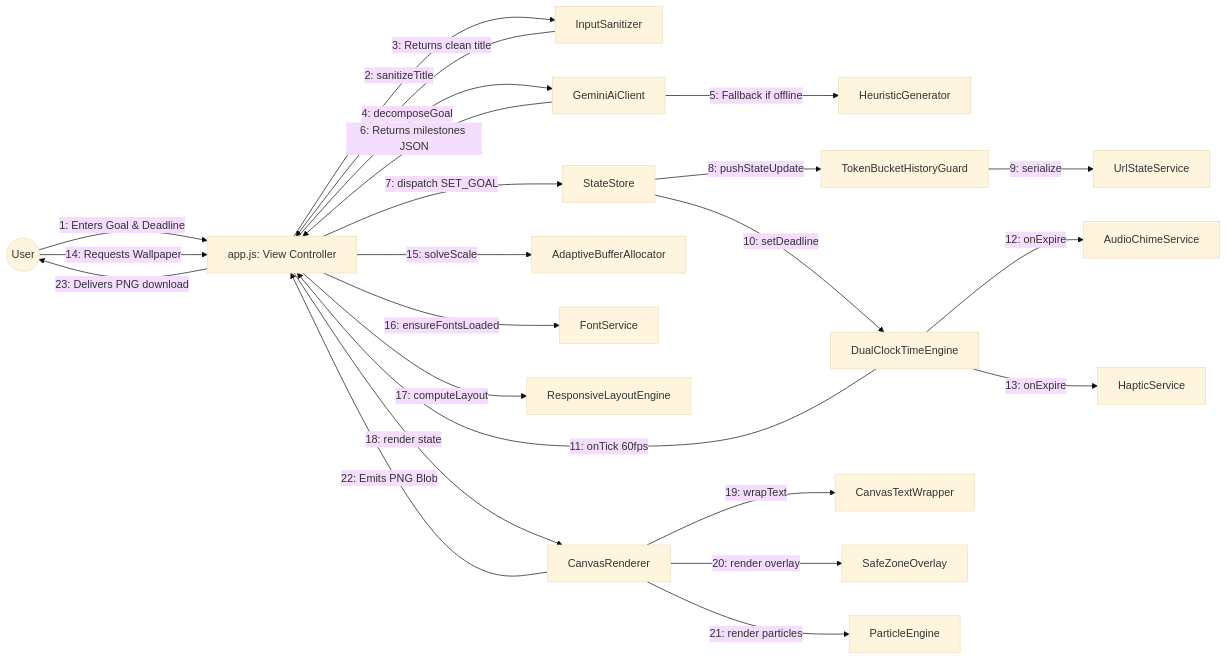
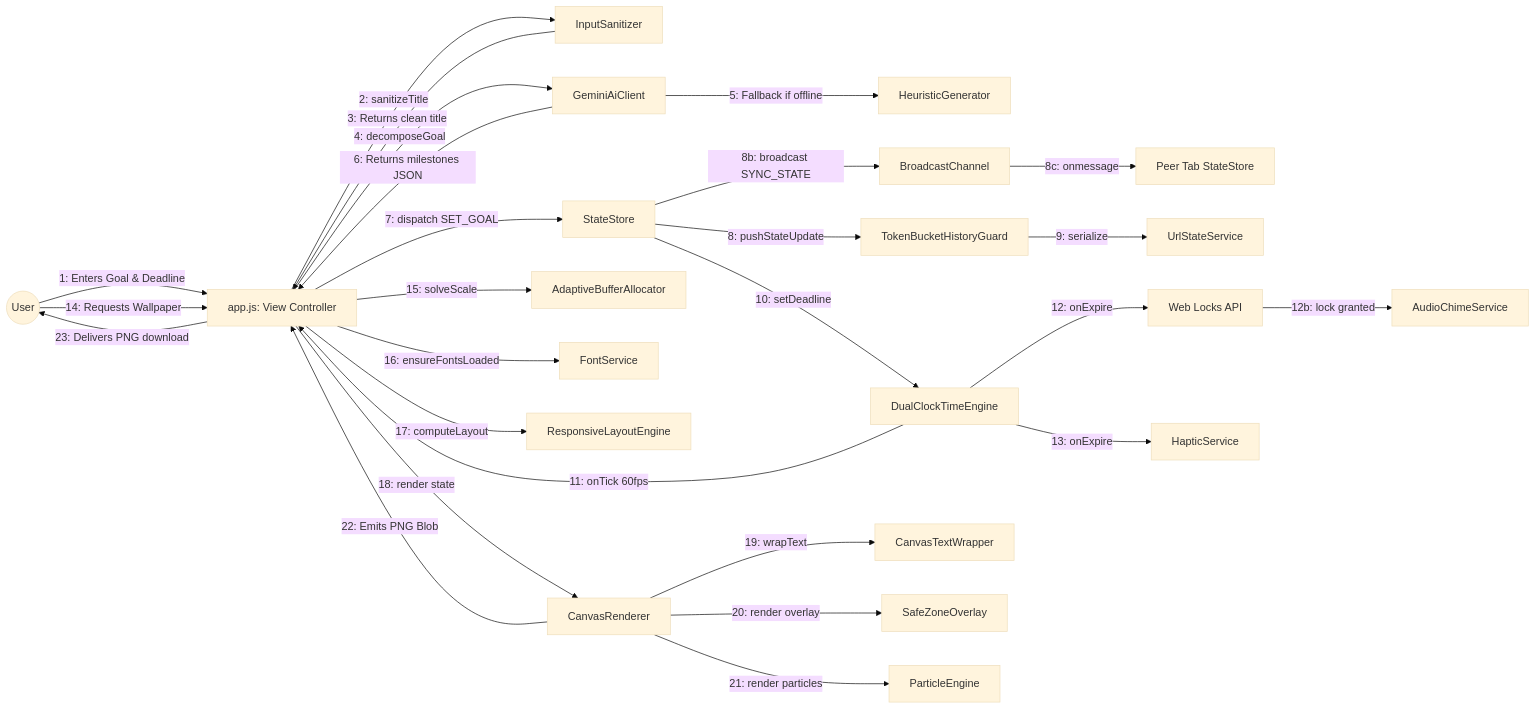
One commit to piyushmakhija28/countdown-lockscreen-challenge changed the diagram in uml/communication_diagram.md. Above: the diagram before and after it, drawn with Mermaid (base theme). The commit also changed 25 other files, not shown here.

````diff
--- a/uml/communication_diagram.md
+++ b/uml/communication_diagram.md
@@ -3,26 +3,29 @@
 ```mermaid
 graph LR
     User((User)) -->|1: Enters Goal & Deadline| UI[app.js: View Controller]
     UI -->|2: sanitizeTitle| San[InputSanitizer]
     San -->|3: Returns clean title| UI
     UI -->|4: decomposeGoal| Gemini[GeminiAiClient]
     Gemini -->|5: Fallback if offline| Heuristic[HeuristicGenerator]
     Gemini -->|6: Returns milestones JSON| UI
     UI -->|7: dispatch SET_GOAL| Store[StateStore]
     Store -->|8: pushStateUpdate| Guard[TokenBucketHistoryGuard]
+    Store -->|8b: broadcast SYNC_STATE| BC[BroadcastChannel]
+    BC -->|8c: onmessage| Peer[Peer Tab StateStore]
     Guard -->|9: serialize| URLCodec[UrlStateService]
     Store -->|10: setDeadline| Engine[DualClockTimeEngine]
     Engine -->|11: onTick 60fps| UI
-    Engine -->|12: onExpire| Audio[AudioChimeService]
+    Engine -->|12: onExpire| Mutex[Web Locks API]
+    Mutex -->|12b: lock granted| Audio[AudioChimeService]
     Engine -->|13: onExpire| Haptic[HapticService]
     User -->|14: Requests Wallpaper| UI
     UI -->|15: solveScale| Alloc[AdaptiveBufferAllocator]
     UI -->|16: ensureFontsLoaded| Fonts[FontService]
     UI -->|17: computeLayout| Layout[ResponsiveLayoutEngine]
     UI -->|18: render state| Canvas[CanvasRenderer]
     Canvas -->|19: wrapText| Wrap[CanvasTextWrapper]
     Canvas -->|20: render overlay| Safe[SafeZoneOverlay]
     Canvas -->|21: render particles| Particles[ParticleEngine]
     Canvas -->|22: Emits PNG Blob| UI
     UI -->|23: Delivers PNG download| User
 ```
````
